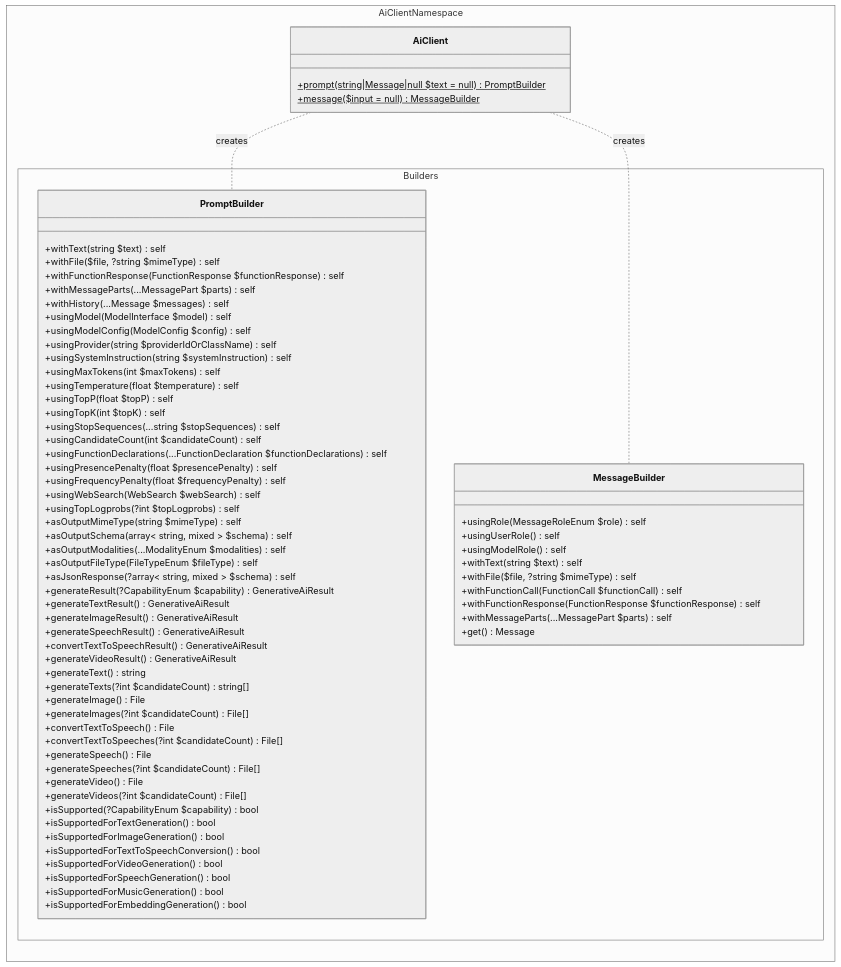
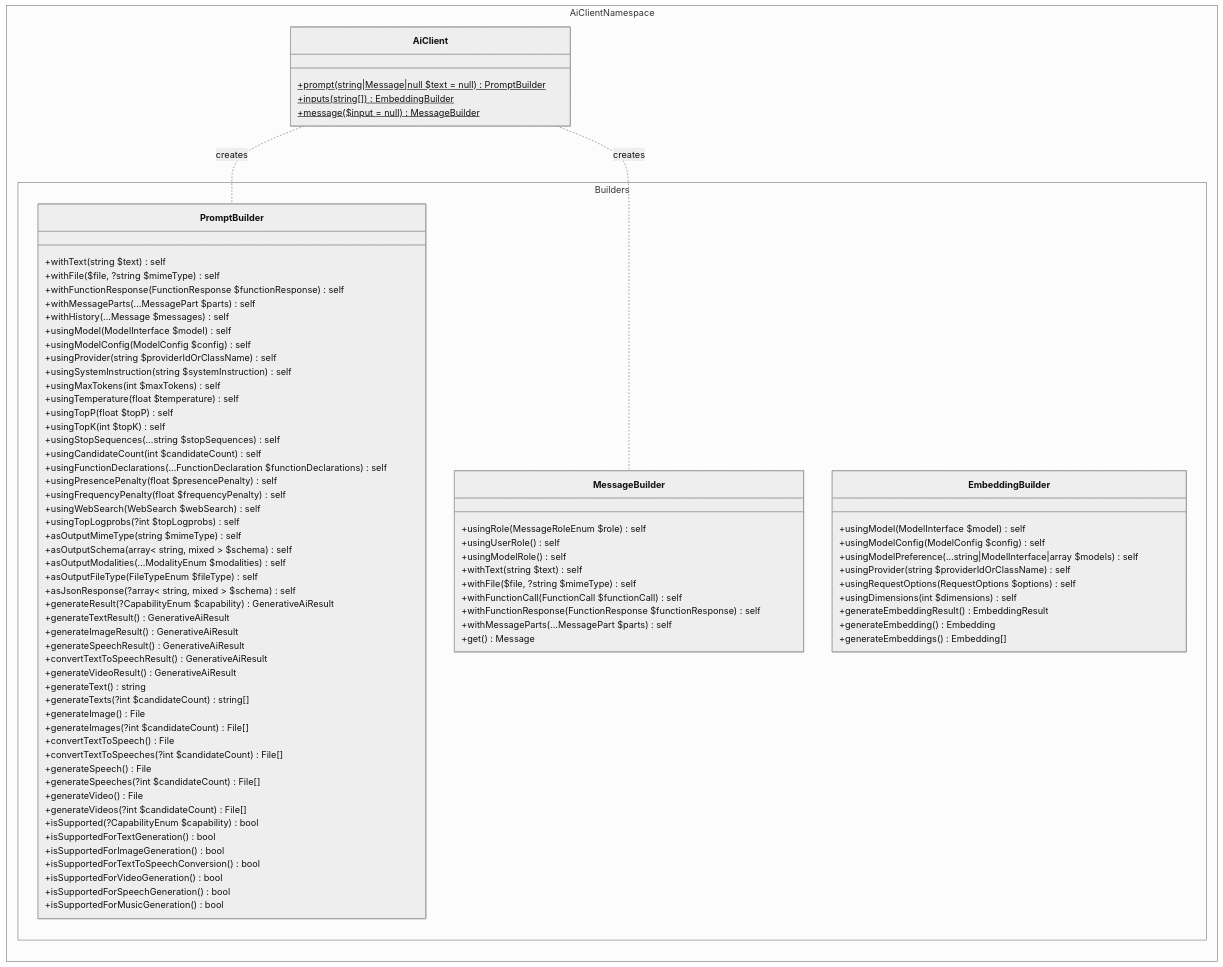
Before and after one commit to WordPress/php-ai-client: the first of 6 diagrams in docs/ARCHITECTURE.md, drawn with Mermaid (neutral theme). The commit also changed other lines of this file and 14 other files, not shown here.

Commit message:
Add embedding builder

```diff
--- a/docs/ARCHITECTURE.md
+++ b/docs/ARCHITECTURE.md
@@ -314,6 +314,7 @@
     namespace AiClientNamespace {
         class AiClient {
             +prompt(string|Message|null $text = null) PromptBuilder$
+            +inputs(string[]) EmbeddingBuilder$
             +message($input = null) MessageBuilder$
         }
     }
@@ -368,7 +369,17 @@
             +isSupportedForVideoGeneration() bool
             +isSupportedForSpeechGeneration() bool
             +isSupportedForMusicGeneration() bool
-            +isSupportedForEmbeddingGeneration() bool
+        }
+        class EmbeddingBuilder {
+            +usingModel(ModelInterface $model) self
+            +usingModelConfig(ModelConfig $config) self
+            +usingModelPreference(...string|ModelInterface|array $models) self
+            +usingProvider(string $providerIdOrClassName) self
+            +usingRequestOptions(RequestOptions $options) self
+            +usingDimensions(int $dimensions) self
+            +generateEmbeddingResult() EmbeddingResult
+            +generateEmbedding() Embedding
+            +generateEmbeddings() Embedding[]
         }
 
         class MessageBuilder {
```
